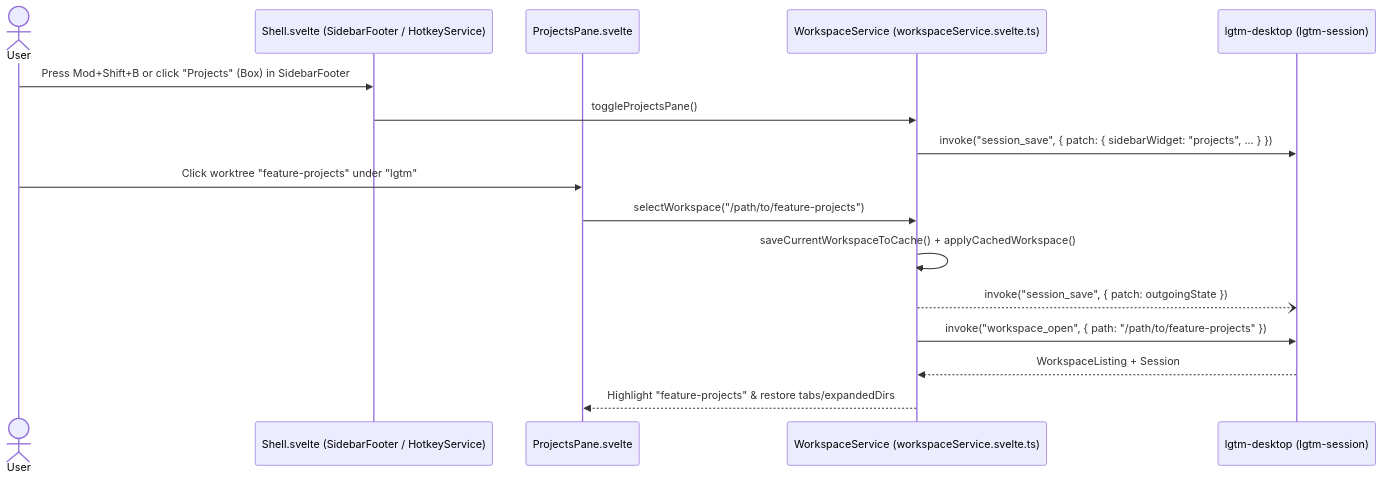
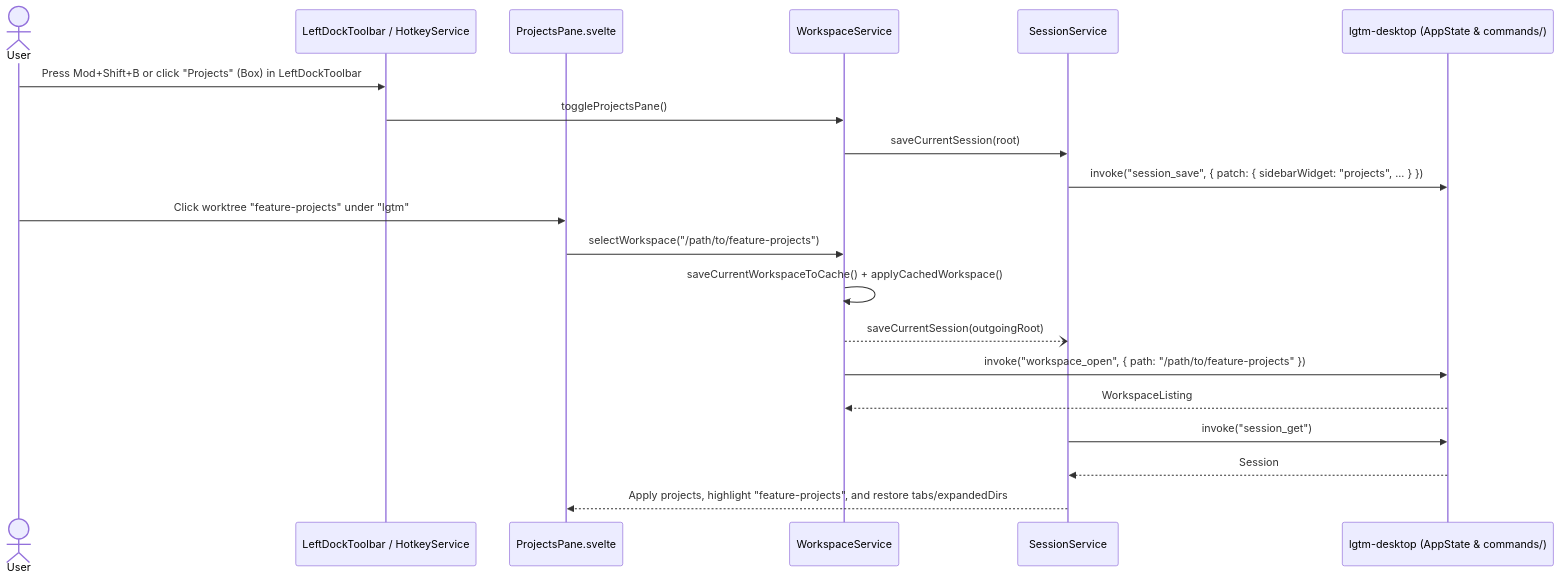
The second of 2 diagrams in docs/architecture/web/projects-pane.md (difflab-io/lgtm), drawn with Mermaid before and after one commit. The commit also changed other lines of this file and 17 other files, not shown here.

First line of the commit message:
refactor(session,desktop,rsutils,docs): orchestrate projects in desktop host and sync docs

````diff
--- a/docs/architecture/web/projects-pane.md
+++ b/docs/architecture/web/projects-pane.md
@@ -106,20 +97,24 @@
 ```mermaid
 sequenceDiagram
     actor User
-    participant Switch as Shell.svelte (SidebarFooter / HotkeyService)
+    participant Switch as LeftDockToolbar / HotkeyService
     participant Pane as ProjectsPane.svelte
-    participant WsSvc as WorkspaceService (workspaceService.svelte.ts)
-    participant Host as lgtm-desktop (lgtm-session)
+    participant WsSvc as WorkspaceService
+    participant SessSvc as SessionService
+    participant Host as lgtm-desktop (AppState & commands/)
 
-    User->>Switch: Press Mod+Shift+B or click "Projects" (Box) in SidebarFooter
+    User->>Switch: Press Mod+Shift+B or click "Projects" (Box) in LeftDockToolbar
     Switch->>WsSvc: toggleProjectsPane()
-    WsSvc->>Host: invoke("session_save", { patch: { sidebarWidget: "projects", ... } })
+    WsSvc->>SessSvc: saveCurrentSession(root)
+    SessSvc->>Host: invoke("session_save", { patch: { sidebarWidget: "projects", ... } })
 
     User->>Pane: Click worktree "feature-projects" under "lgtm"
     Pane->>WsSvc: selectWorkspace("/path/to/feature-projects")
     WsSvc->>WsSvc: saveCurrentWorkspaceToCache() + applyCachedWorkspace()
-    WsSvc--)Host: invoke("session_save", { patch: outgoingState })
+    WsSvc--)SessSvc: saveCurrentSession(outgoingRoot)
     WsSvc->>Host: invoke("workspace_open", { path: "/path/to/feature-projects" })
-    Host-->>WsSvc: WorkspaceListing + Session
-    WsSvc-->>Pane: Highlight "feature-projects" & restore tabs/expandedDirs
+    Host-->>WsSvc: WorkspaceListing
+    SessSvc->>Host: invoke("session_get")
+    Host-->>SessSvc: Session
+    SessSvc-->>Pane: Apply projects, highlight "feature-projects", and restore tabs/expandedDirs
 ```
````
